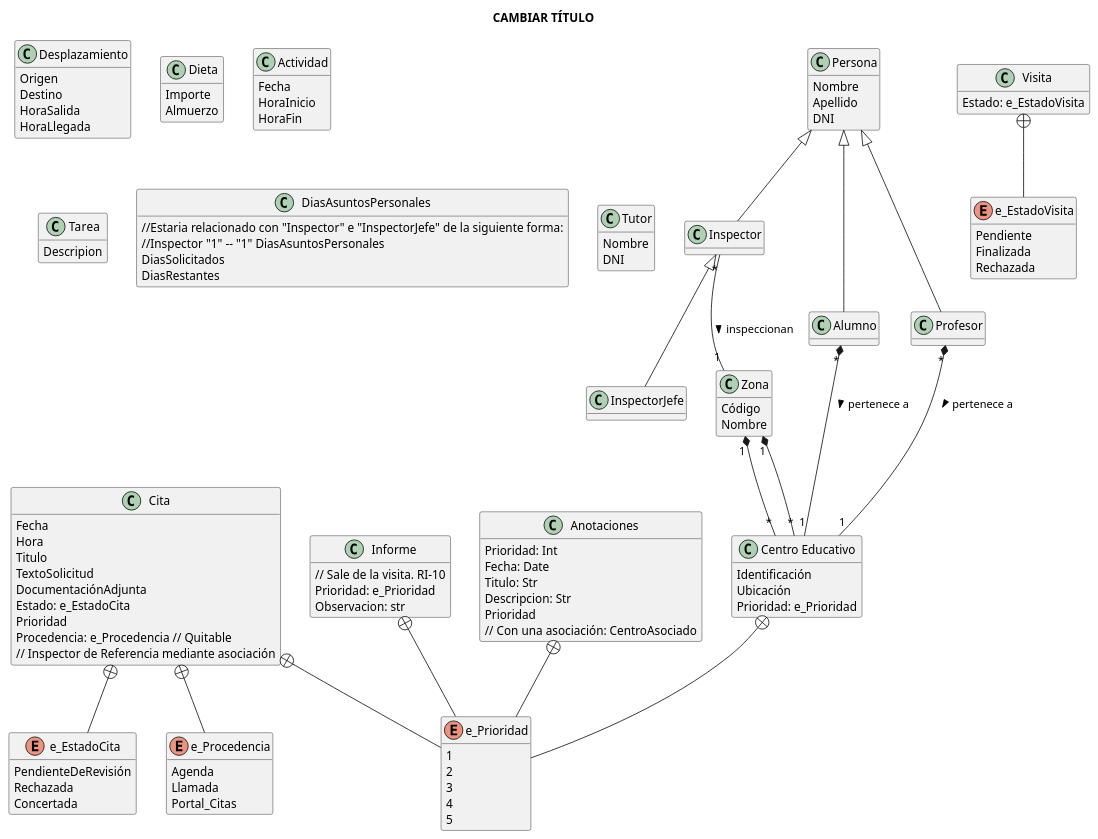
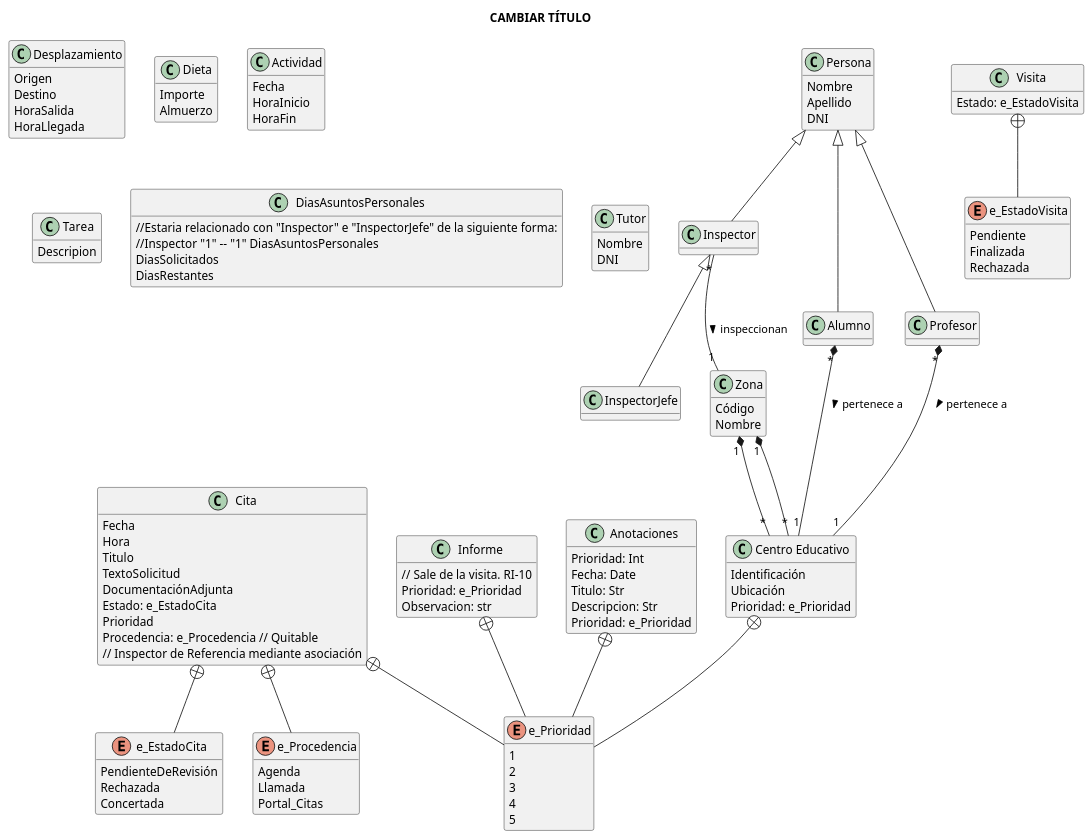
One commit to lorenzomaranon/ProyectoBD_Inspeccion_Educativa changed the diagram in docs/modelado_conceptual.puml. Above: the diagram before and after it, drawn with PlantUML.

Commit message:
añade tipo e_prioridad a anotaciones.prioridad

```diff
--- a/docs/modelado_conceptual.puml
+++ b/docs/modelado_conceptual.puml
@@ -151,8 +151,7 @@
     Fecha: Date
     Titulo: Str
     Descripcion: Str
-    Prioridad
-    // Con una asociación: CentroAsociado
+    Prioridad: e_Prioridad
     
 }
 
```
